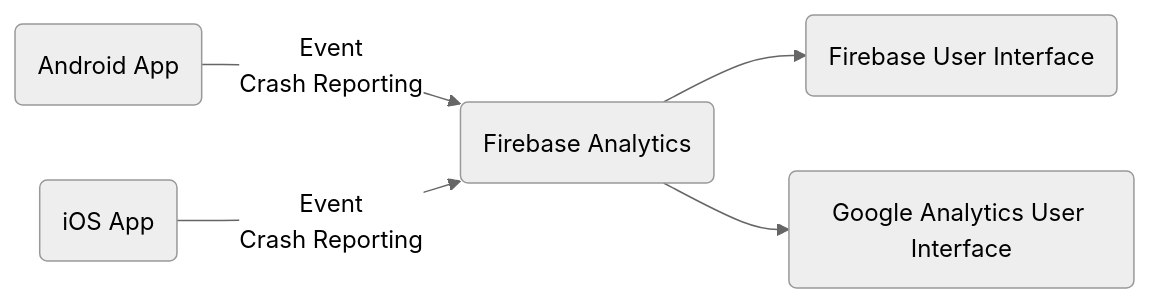
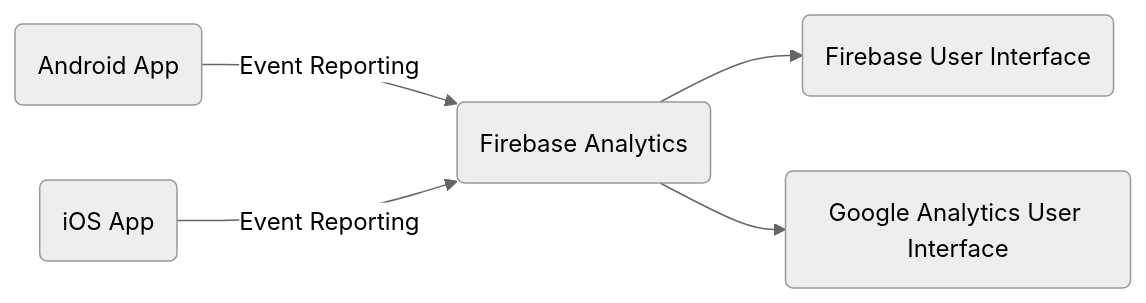
One commit to ho-doan/base_s changed the fourth of 7 diagrams in README.md. Above: the diagram before and after it, drawn with Mermaid (neutral theme). The commit also changed other lines of this file, not shown here.

````diff
--- a/README.md
+++ b/README.md
@@ -184,15 +192,15 @@
 ```mermaid
 graph LR
 
 A("Android App");
 B("iOS App");
 C("Firebase Analytics");
 D("Firebase User Interface");
 E("Google Analytics User Interface");
 
 
-A--Event\nCrash Reporting-->C;
-B--Event\nCrash Reporting-->C;
+A--Event Reporting-->C;
+B--Event Reporting-->C;
 C-->D;
 C-->E;
 ```
````
